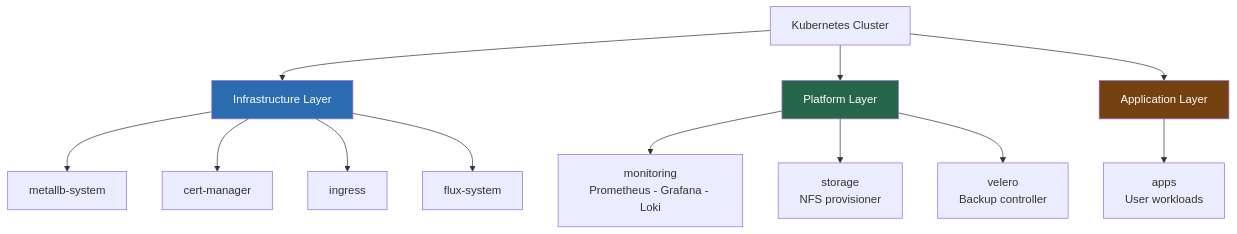
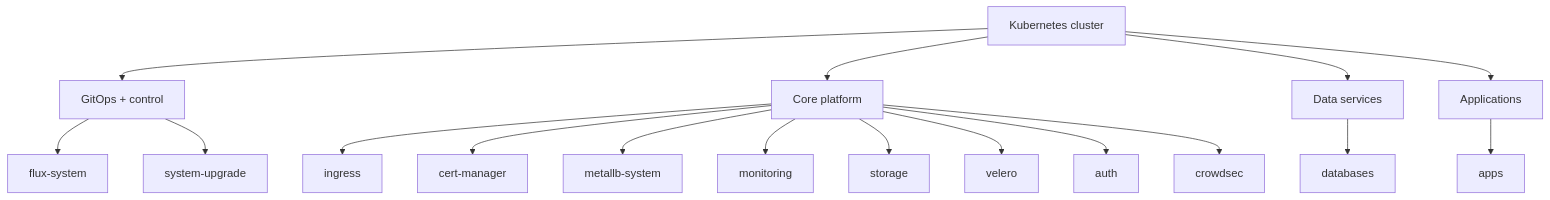
One commit to Kagiso-me/homelab-infrastructure changed the diagram in docs/guides/07-Namespaces-Cluster-Identity.md. Above: the diagram before and after it, drawn with Mermaid. The commit also changed other lines of this file and 40 other files, not shown here.

````diff
--- a/docs/guides/07-Namespaces-Cluster-Identity.md
+++ b/docs/guides/07-Namespaces-Cluster-Identity.md
@@ -81,22 +56,23 @@
 ```mermaid
 graph TD
-    Cluster["Kubernetes Cluster"]
-    Cluster --> Infra["Infrastructure Layer"]
-    Cluster --> Platform["Platform Layer"]
-    Cluster --> App["Application Layer"]
+    Cluster["Kubernetes cluster"] --> GitOps["GitOps + control"]
+    Cluster --> Core["Core platform"]
+    Cluster --> Data["Data services"]
+    Cluster --> Apps["Applications"]
 
-    Infra --> NS1["metallb-system"]
-    Infra --> NS2["cert-manager"]
-    Infra --> NS3["ingress"]
-    Infra --> NS4["flux-system"]
+    GitOps --> flux["flux-system"]
+    GitOps --> upgrade["system-upgrade"]
 
-    Platform --> NS5["monitoring<br/>Prometheus - Grafana - Loki"]
-    Platform --> NS6["storage<br/>NFS provisioner"]
-    Platform --> NS7["velero<br/>Backup controller"]
+    Core --> ingress["ingress"]
+    Core --> cert["cert-manager"]
+    Core --> metallb["metallb-system"]
+    Core --> monitoring["monitoring"]
+    Core --> storage["storage"]
+    Core --> backup["velero"]
+    Core --> auth["auth"]
+    Core --> crowdsec["crowdsec"]
 
-    App --> NS8["apps<br/>User workloads"]
+    Data --> databases["databases"]
 
-    style Infra fill:#2b6cb0,color:#fff
-    style Platform fill:#276749,color:#fff
-    style App fill:#744210,color:#fff
+    Apps --> apps["apps"]
 ```
````
